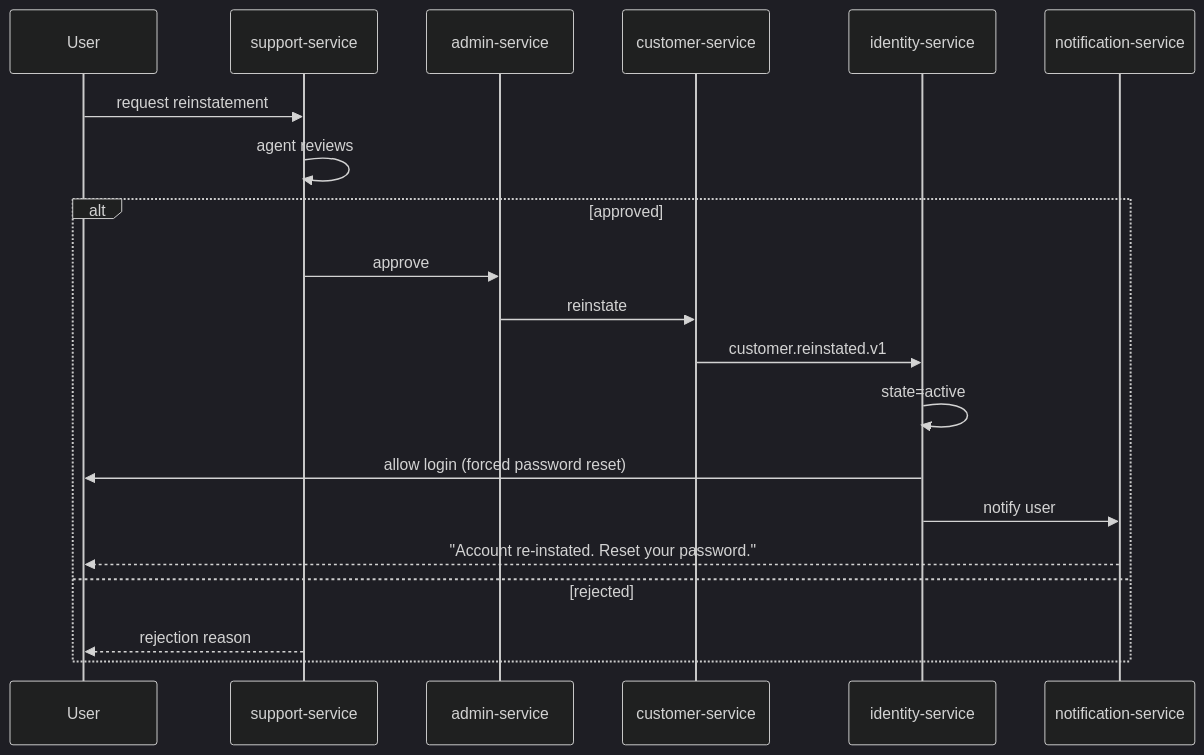
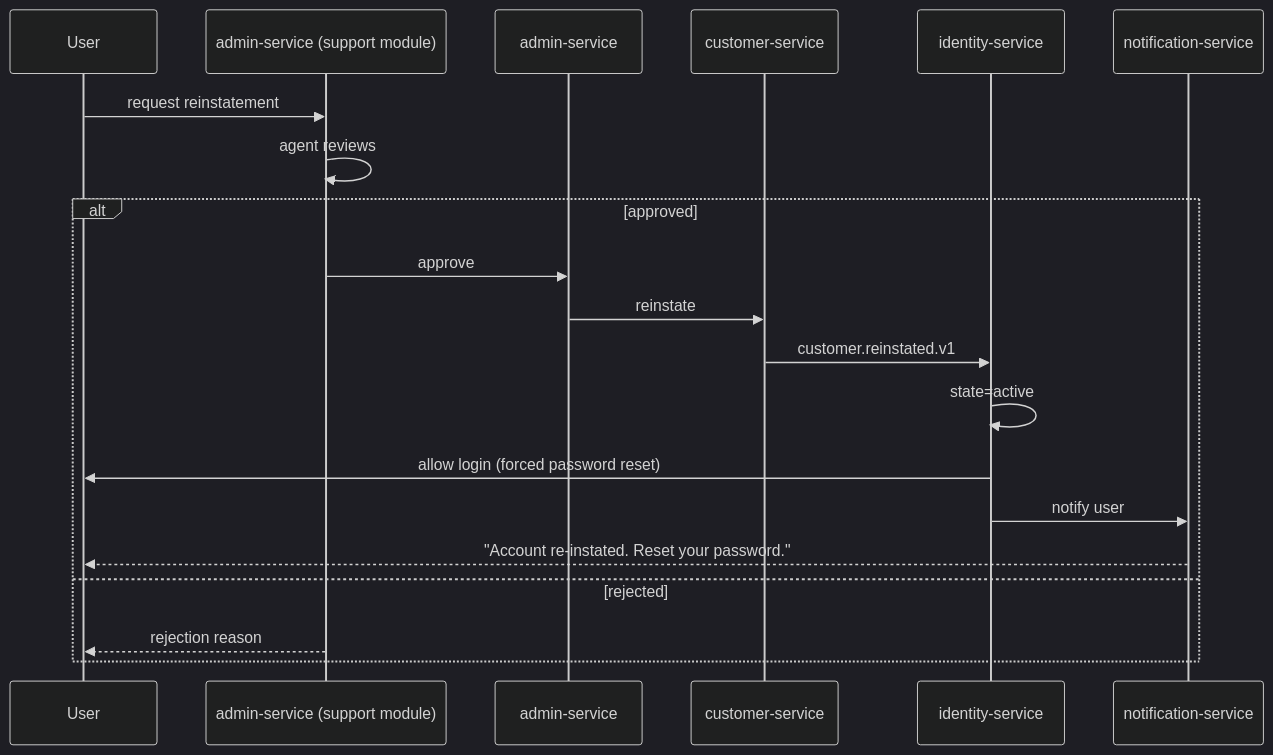
Before and after one commit to mohamedhabibwork/trips-enjoy-docs: the eighth of 10 diagrams in docs/workflows/SAFETY_WORKFLOWS.md, drawn with Mermaid (dark theme). The commit also changed other lines of this file and 525 other files, not shown here.

````diff
--- a/docs/workflows/SAFETY_WORKFLOWS.md
+++ b/docs/workflows/SAFETY_WORKFLOWS.md
@@ -162,23 +163,23 @@
 ```mermaid
 sequenceDiagram
     participant USR as User
-    participant SUP as support-service
-    participant ADM as admin-service
+    participant ADM as admin-service (support module)
+    participant ADM2 as admin-service
     participant CST as customer-service
     participant ID as identity-service
     participant NOT as notification-service
 
-    USR->>SUP: request reinstatement
-    SUP->>SUP: agent reviews
+    USR->>ADM: request reinstatement
+    ADM->>ADM: agent reviews
     alt approved
-        SUP->>ADM: approve
-        ADM->>CST: reinstate
+        ADM->>ADM2: approve
+        ADM2->>CST: reinstate
         CST->>ID: customer.reinstated.v1
         ID->>ID: state=active
         ID->>USR: allow login (forced password reset)
         ID->>NOT: notify user
         NOT-->>USR: "Account re-instated. Reset your password."
     else rejected
-        SUP-->>USR: rejection reason
+        ADM-->>USR: rejection reason
     end
 ```
````
